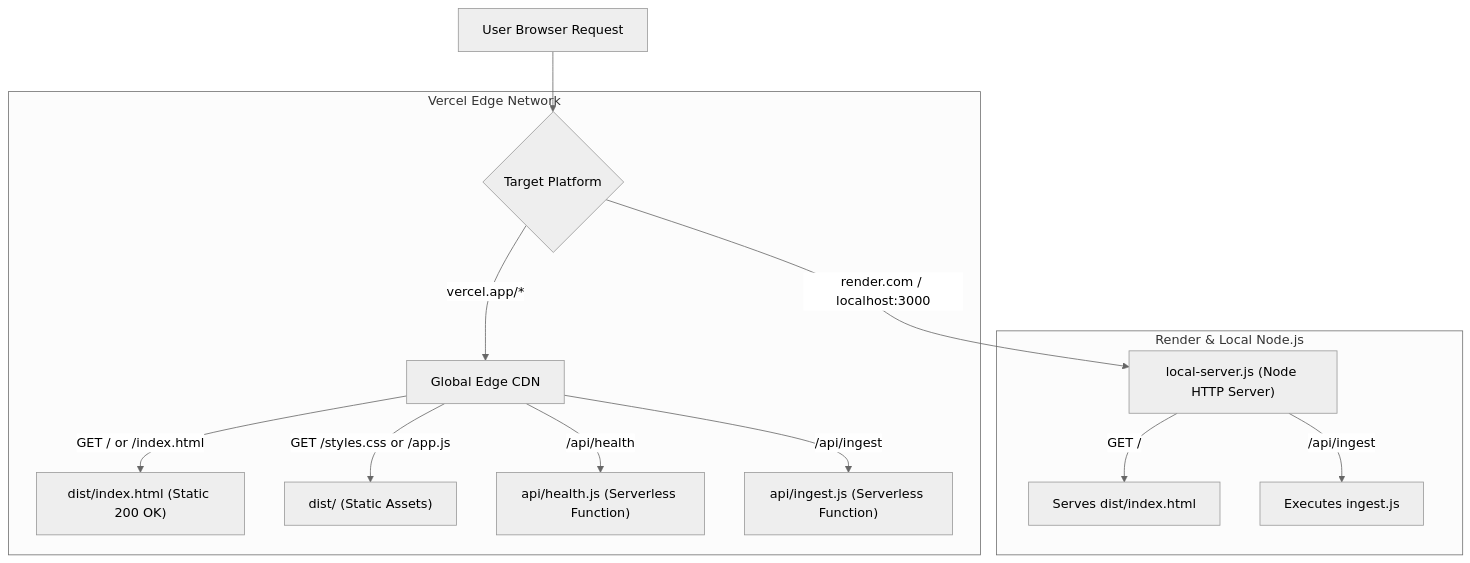
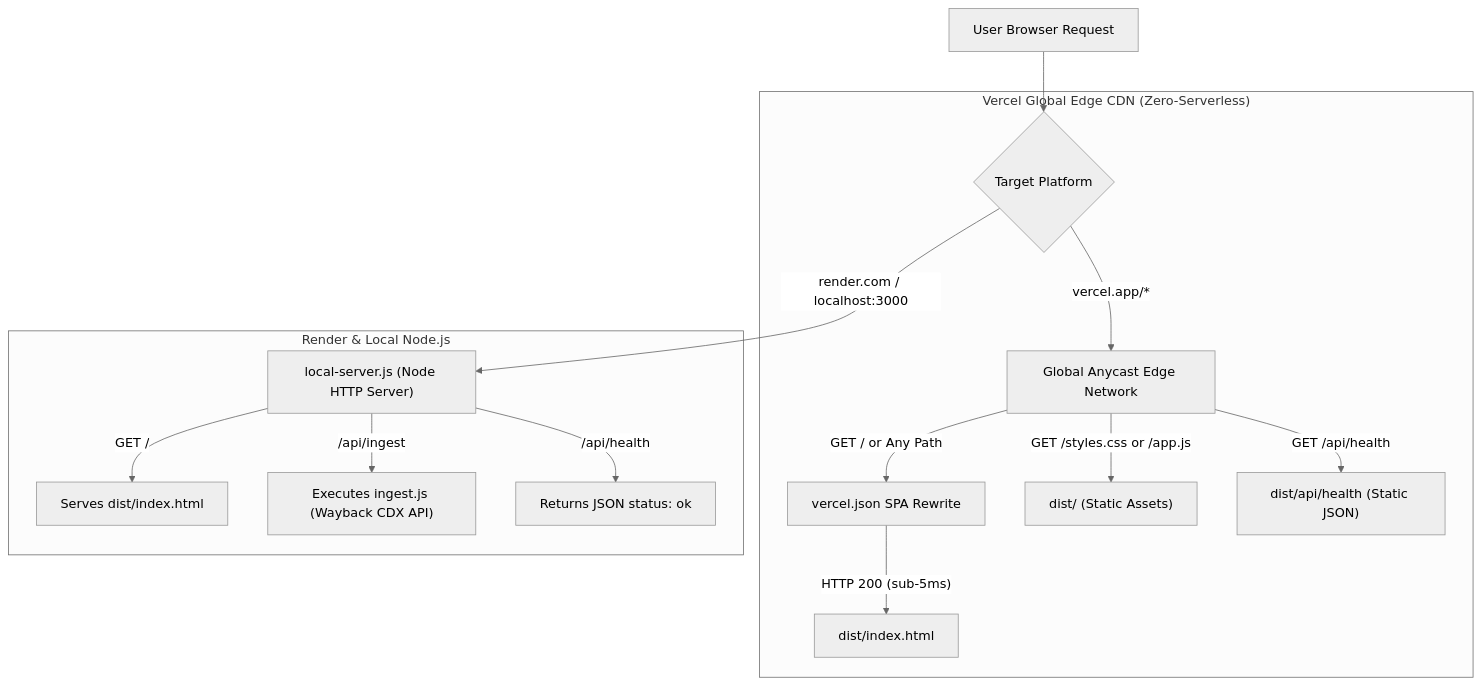
One commit to guptapiyush16/Ghost-of-the-Net changed the third of 3 diagrams in Flow.md. Above: the diagram before and after it, drawn with Mermaid (neutral theme). The commit also changed other lines of this file and 7 other files, not shown here.

Commit message:
fix: enforce pure zero-serverless static edge deployment on Vercel with SPA rewrites

````diff
--- a/Flow.md
+++ b/Flow.md
@@ -130,18 +130,19 @@
 ```mermaid
 graph TD
     Client["User Browser Request"] --> Router{"Target Platform"}
     
-    subgraph Vercel ["Vercel Edge Network"]
-        Router -->|"vercel.app/*"| EdgeCDN["Global Edge CDN"]
-        EdgeCDN -->|"GET / or /index.html"| DistStatic["dist/index.html (Static 200 OK)"]
+    subgraph Vercel ["Vercel Global Edge CDN (Zero-Serverless)"]
+        Router -->|"vercel.app/*"| EdgeCDN["Global Anycast Edge Network"]
+        EdgeCDN -->|"GET / or Any Path"| Rewriter["vercel.json SPA Rewrite"]
+        Rewriter -->|"HTTP 200 (sub-5ms)"| DistStatic["dist/index.html"]
         EdgeCDN -->|"GET /styles.css or /app.js"| DistAssets["dist/ (Static Assets)"]
-        EdgeCDN -->|"/api/health"| HealthFn["api/health.js (Serverless Function)"]
-        EdgeCDN -->|"/api/ingest"| IngestFn["api/ingest.js (Serverless Function)"]
+        EdgeCDN -->|"GET /api/health"| DistHealth["dist/api/health (Static JSON)"]
     end
     
     subgraph RenderAndLocal ["Render & Local Node.js"]
         Router -->|"render.com / localhost:3000"| LocalServer["local-server.js (Node HTTP Server)"]
         LocalServer -->|"GET /"| ServesDist["Serves dist/index.html"]
-        LocalServer -->|"/api/ingest"| ServesIngest["Executes ingest.js"]
+        LocalServer -->|"/api/ingest"| ServesIngest["Executes ingest.js (Wayback CDX API)"]
+        LocalServer -->|"/api/health"| ServesHealth["Returns JSON status: ok"]
     end
 ```
````
